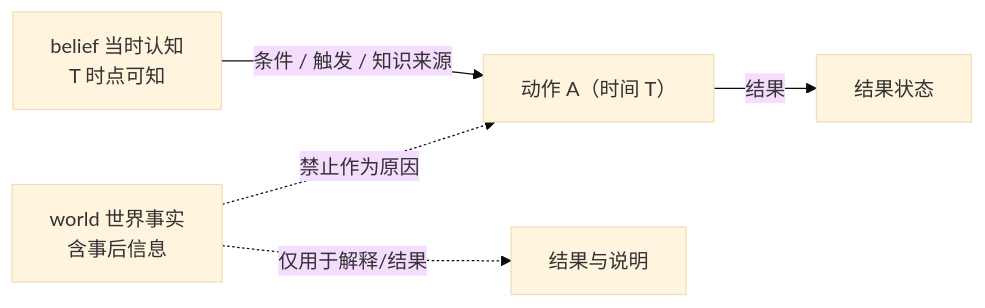
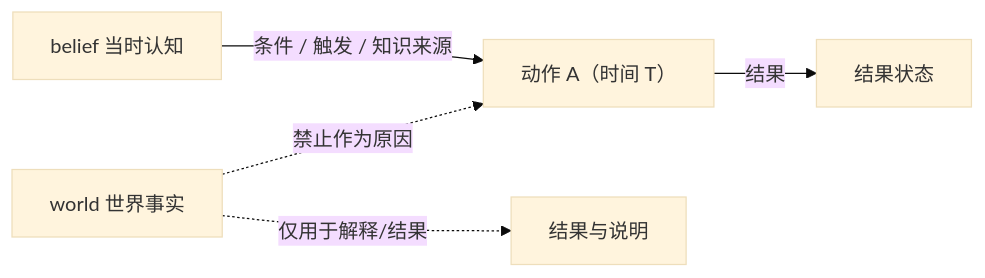
One commit to AgenticFinLab/FinMycelium changed the third of 4 diagrams in docs/structures/3-context-model.md. Above: the diagram before and after it, drawn with Mermaid (base theme). The commit also changed other lines of this file and 8 other files, not shown here.

First line of the commit message:
docs: fix Mermaid render errors and simplify framework diagrams

````diff
--- a/docs/structures/3-context-model.md
+++ b/docs/structures/3-context-model.md
@@ -168,7 +159,7 @@
 ```mermaid
 flowchart LR
-    W["world 世界事实<br/>含事后信息"] -.->|禁止作为原因| A["动作 A（时间 T）"]
-    B["belief 当时认知<br/>T 时点可知"] -->|条件 / 触发 / 知识来源| A
+    W["world 世界事实"] -.->|禁止作为原因| A["动作 A（时间 T）"]
+    B["belief 当时认知"] -->|条件 / 触发 / 知识来源| A
     A -->|结果| W2["结果状态"]
     W -.->|仅用于解释/结果| E["结果与说明"]
 ```
````
